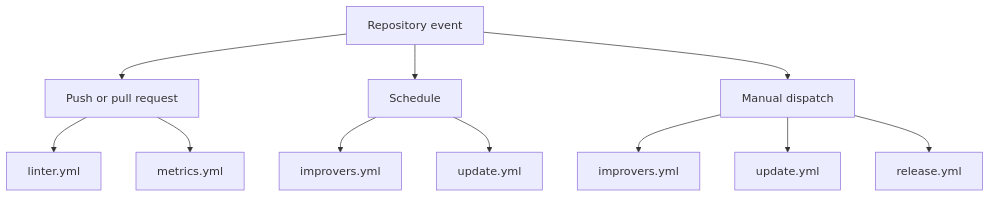
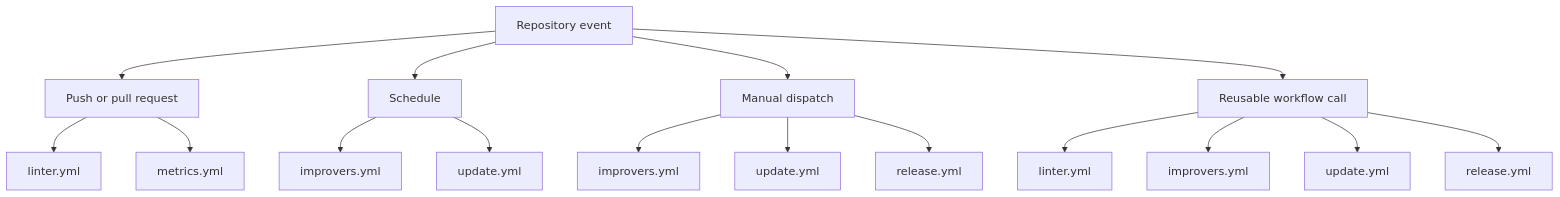
One commit to electrocucaracha/gh-workflows changed the diagram in .github/workflows/README.md. Above: the diagram before and after it, drawn with Mermaid. The commit also changed other lines of this file, not shown here.

First line of the commit message:
docs(workflows): revise README for clarity and workflow usage

````diff
--- a/.github/workflows/README.md
+++ b/.github/workflows/README.md
@@ -14,14 +19,19 @@
 ```mermaid
 flowchart TD
     A[Repository event] --> B[Push or pull request]
     A --> C[Schedule]
     A --> D[Manual dispatch]
+    A --> E[Reusable workflow call]
 
     B --> B1[linter.yml]
     B --> B2[metrics.yml]
     C --> C1[improvers.yml]
     C --> C2[update.yml]
     D --> D1[improvers.yml]
     D --> D2[update.yml]
     D --> D3[release.yml]
+    E --> E1[linter.yml]
+    E --> E2[improvers.yml]
+    E --> E3[update.yml]
+    E --> E4[release.yml]
 ```
````
